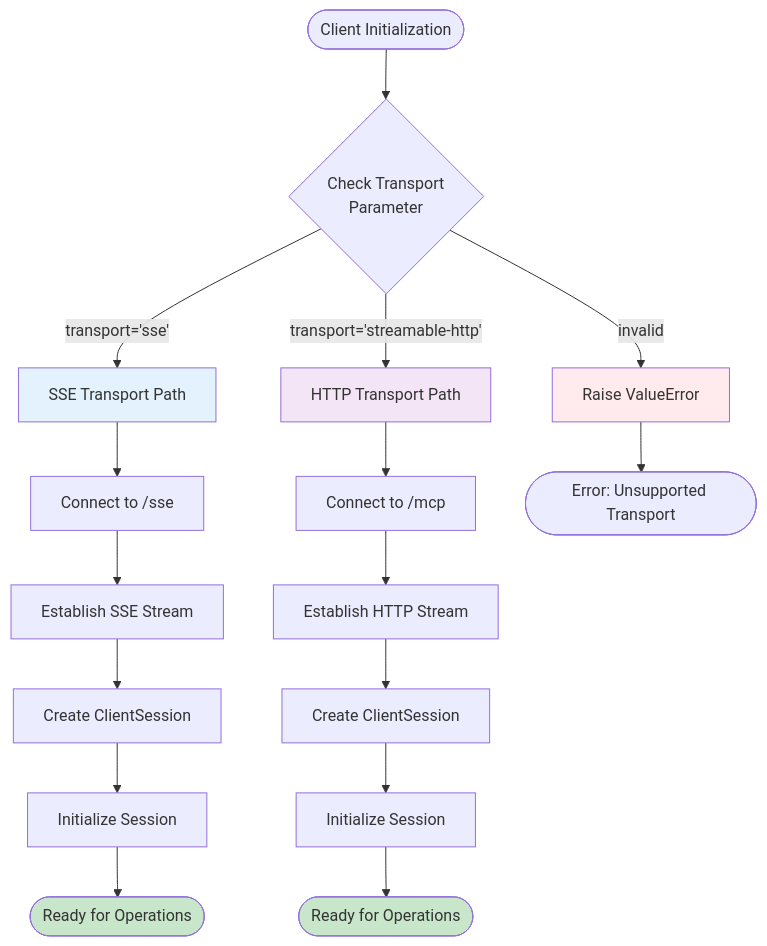
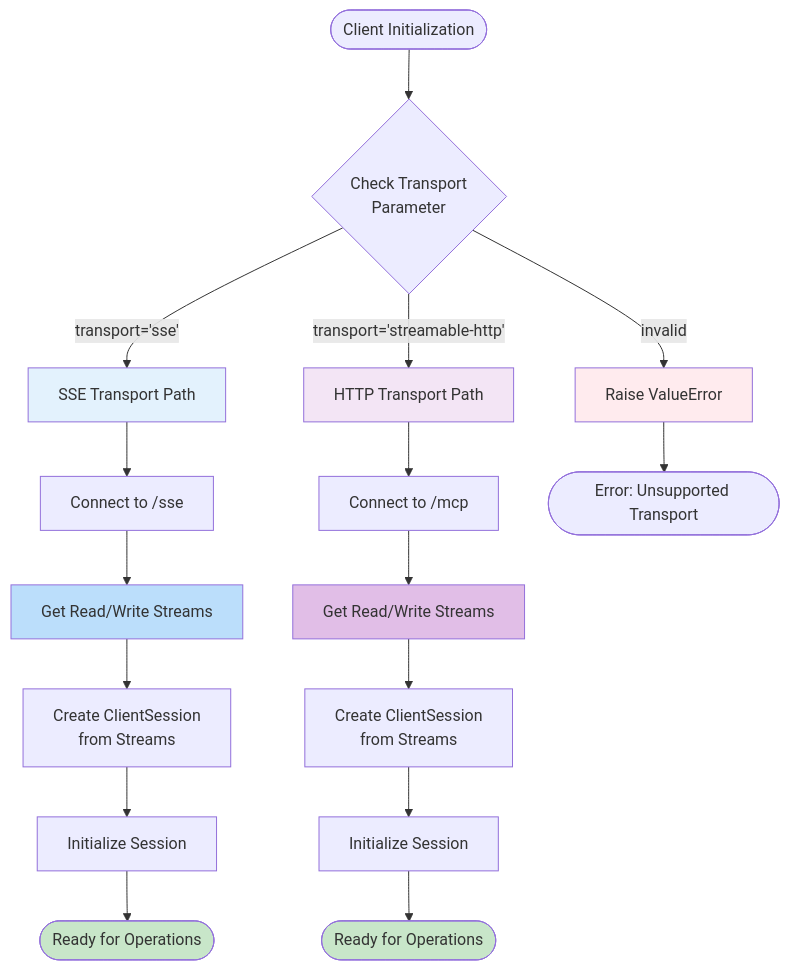
Before and after one commit to Joselo-zn/abi-core: the third of 8 diagrams in abi_core_framework/docs/diagrams/mcp-transport-flow.md, drawn with Mermaid. The commit also changed other lines of this file and 26 other files, not shown here.

````diff
--- a/abi_core_framework/docs/diagrams/mcp-transport-flow.md
+++ b/abi_core_framework/docs/diagrams/mcp-transport-flow.md
@@ -73,28 +73,30 @@
 ```mermaid
 flowchart TD
     Start([Client Initialization]) --> CheckTransport{Check Transport<br/>Parameter}
     
     CheckTransport -->|transport='sse'| SSEPath[SSE Transport Path]
     CheckTransport -->|transport='streamable-http'| HTTPPath[HTTP Transport Path]
     CheckTransport -->|invalid| Error[Raise ValueError]
     
     SSEPath --> SSEConnect[Connect to /sse]
-    SSEConnect --> SSEStream[Establish SSE Stream]
-    SSEStream --> SSESession[Create ClientSession]
+    SSEConnect --> SSEStream[Get Read/Write Streams]
+    SSEStream --> SSESession[Create ClientSession<br/>from Streams]
     SSESession --> SSEInit[Initialize Session]
     SSEInit --> Ready1([Ready for Operations])
     
     HTTPPath --> HTTPConnect[Connect to /mcp]
-    HTTPConnect --> HTTPStream[Establish HTTP Stream]
-    HTTPStream --> HTTPSession[Create ClientSession]
+    HTTPConnect --> HTTPStream[Get Read/Write Streams]
+    HTTPStream --> HTTPSession[Create ClientSession<br/>from Streams]
     HTTPSession --> HTTPInit[Initialize Session]
     HTTPInit --> Ready2([Ready for Operations])
     
     Error --> End([Error: Unsupported Transport])
     
     style SSEPath fill:#e3f2fd
     style HTTPPath fill:#f3e5f5
     style Error fill:#ffebee
     style Ready1 fill:#c8e6c9
     style Ready2 fill:#c8e6c9
+    style SSEStream fill:#bbdefb
+    style HTTPStream fill:#e1bee7
 ```
````
